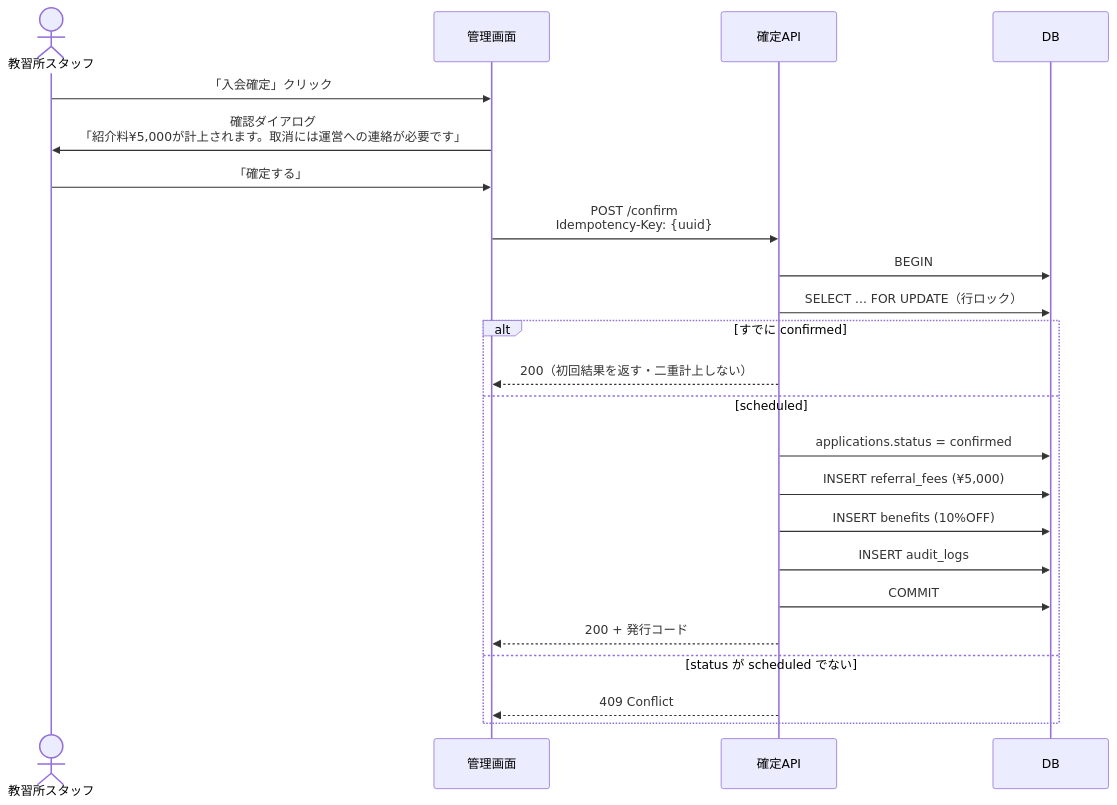
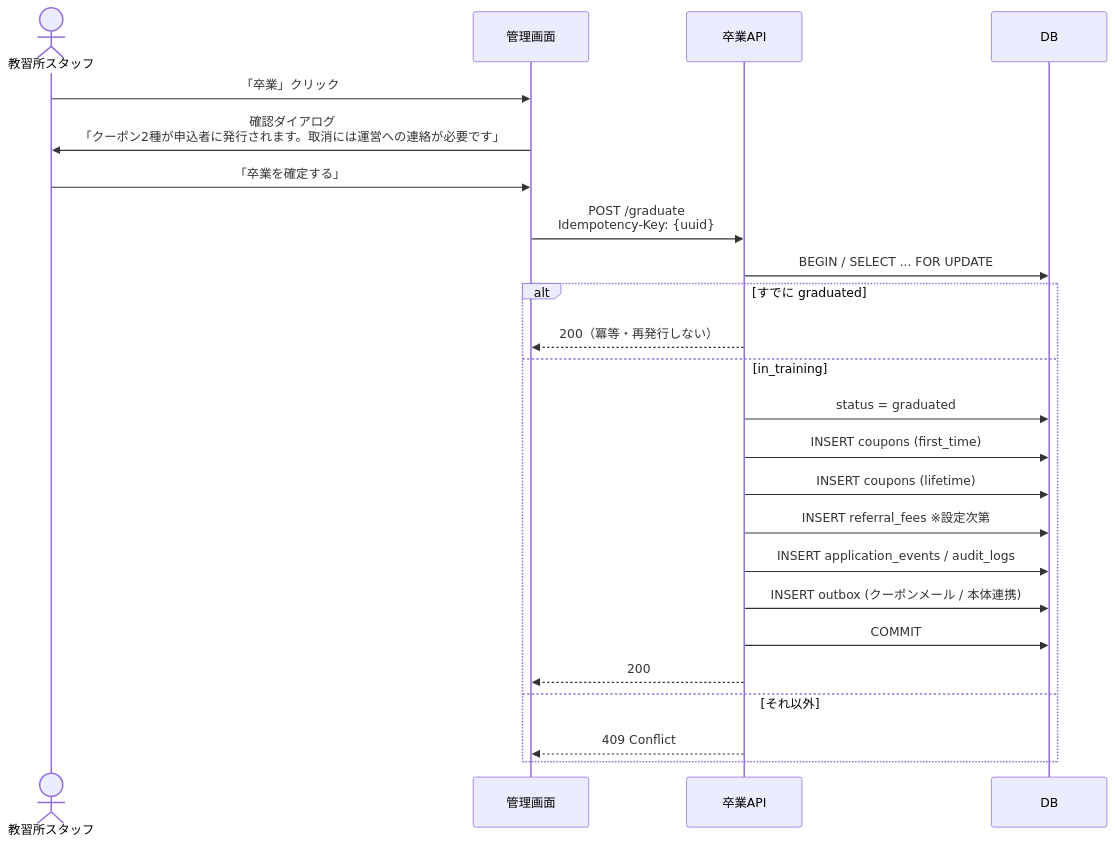
Before and after one commit to Sho0922/bestbike_matching-: the third of 3 diagrams in docs/02_screen-spec.md, drawn with Mermaid. The commit also changed other lines of this file and 10 other files, not shown here.

````diff
--- a/docs/02_screen-spec.md
+++ b/docs/02_screen-spec.md
@@ -340,26 +480,27 @@
 ```mermaid
 sequenceDiagram
   actor SS as 教習所スタッフ
   participant UI as 管理画面
-  participant API as 確定API
+  participant API as 卒業API
   participant DB as DB
 
-  SS->>UI: 「入会確定」クリック
-  UI->>SS: 確認ダイアログ<br/>「紹介料¥5,000が計上されます。取消には運営への連絡が必要です」
-  SS->>UI: 「確定する」
-  UI->>API: POST /confirm<br/>Idempotency-Key: {uuid}
-  API->>DB: BEGIN
-  API->>DB: SELECT ... FOR UPDATE（行ロック）
-  alt すでに confirmed
-    API-->>UI: 200（初回結果を返す・二重計上しない）
-  else scheduled
-    API->>DB: applications.status = confirmed
-    API->>DB: INSERT referral_fees (¥5,000)
-    API->>DB: INSERT benefits (10%OFF)
-    API->>DB: INSERT audit_logs
+  SS->>UI: 「卒業」クリック
+  UI->>SS: 確認ダイアログ<br/>「クーポン2種が申込者に発行されます。取消には運営への連絡が必要です」
+  SS->>UI: 「卒業を確定する」
+  UI->>API: POST /graduate<br/>Idempotency-Key: {uuid}
+  API->>DB: BEGIN / SELECT ... FOR UPDATE
+  alt すでに graduated
+    API-->>UI: 200（冪等・再発行しない）
+  else in_training
+    API->>DB: status = graduated
+    API->>DB: INSERT coupons (first_time)
+    API->>DB: INSERT coupons (lifetime)
+    API->>DB: INSERT referral_fees ※設定次第
+    API->>DB: INSERT application_events / audit_logs
+    API->>DB: INSERT outbox (クーポンメール / 本体連携)
     API->>DB: COMMIT
-    API-->>UI: 200 + 発行コード
-  else status が scheduled でない
+    API-->>UI: 200
+  else それ以外
     API-->>UI: 409 Conflict
   end
 ```
````
